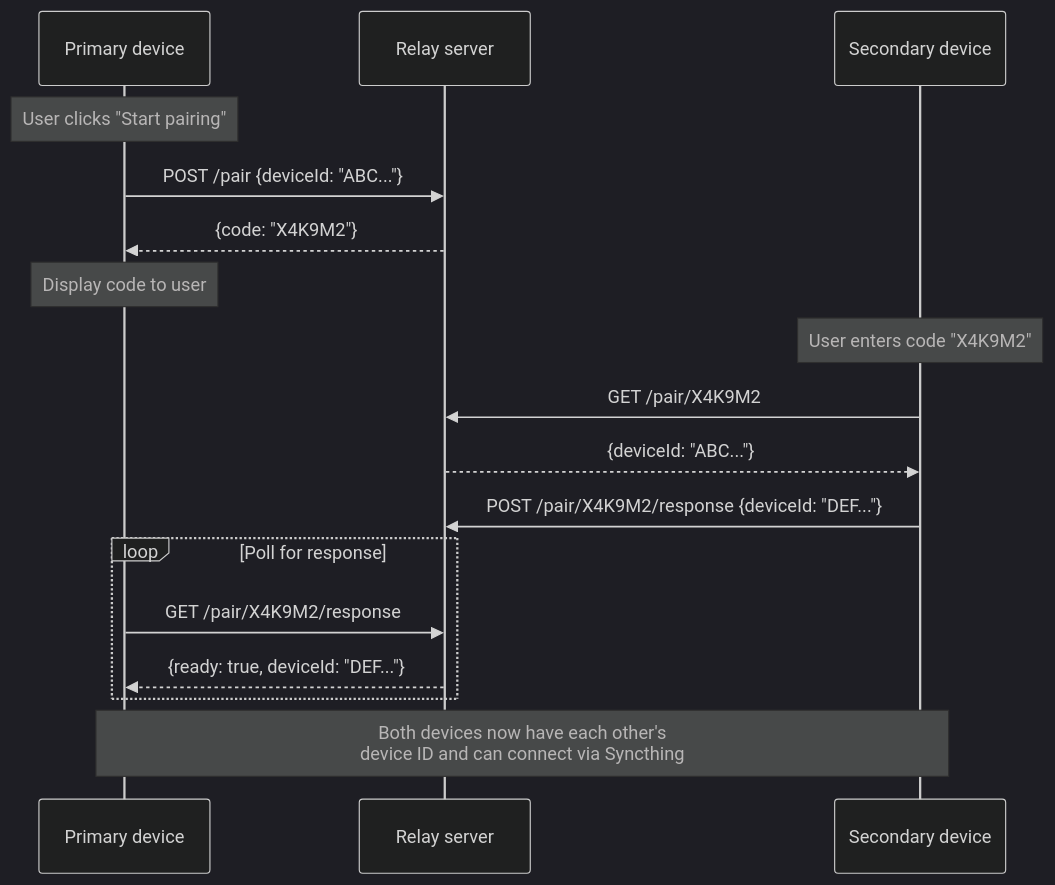
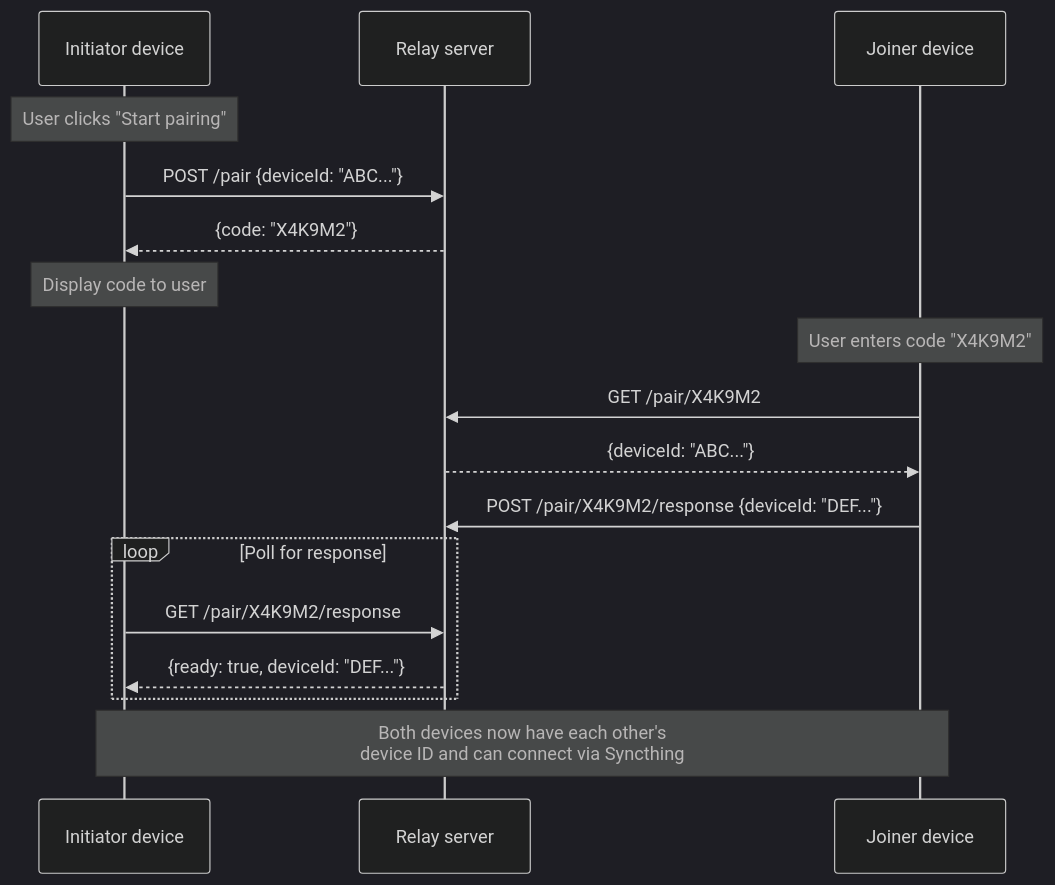
The diagram in relay/README.md (fnune/kyaraben), drawn with Mermaid (dark theme) before and after one commit. The commit also changed other lines of this file and 4 other files, not shown here.

First line of the commit message:
Rename primary/secondary to initiator/responder in relay

````diff
--- a/relay/README.md
+++ b/relay/README.md
@@ -7,23 +7,23 @@
 ```mermaid
 sequenceDiagram
-    participant P as Primary device
+    participant I as Initiator device
     participant R as Relay server
-    participant S as Secondary device
+    participant J as Joiner device
 
-    Note over P: User clicks "Start pairing"
-    P->>R: POST /pair {deviceId: "ABC..."}
-    R-->>P: {code: "X4K9M2"}
-    Note over P: Display code to user
+    Note over I: User clicks "Start pairing"
+    I->>R: POST /pair {deviceId: "ABC..."}
+    R-->>I: {code: "X4K9M2"}
+    Note over I: Display code to user
 
-    Note over S: User enters code "X4K9M2"
-    S->>R: GET /pair/X4K9M2
-    R-->>S: {deviceId: "ABC..."}
-    S->>R: POST /pair/X4K9M2/response {deviceId: "DEF..."}
+    Note over J: User enters code "X4K9M2"
+    J->>R: GET /pair/X4K9M2
+    R-->>J: {deviceId: "ABC..."}
+    J->>R: POST /pair/X4K9M2/response {deviceId: "DEF..."}
 
     loop Poll for response
-        P->>R: GET /pair/X4K9M2/response
-        R-->>P: {ready: true, deviceId: "DEF..."}
+        I->>R: GET /pair/X4K9M2/response
+        R-->>I: {ready: true, deviceId: "DEF..."}
     end
 
-    Note over P,S: Both devices now have each other's<br/>device ID and can connect via Syncthing
+    Note over I,J: Both devices now have each other's<br/>device ID and can connect via Syncthing
 ```
````
